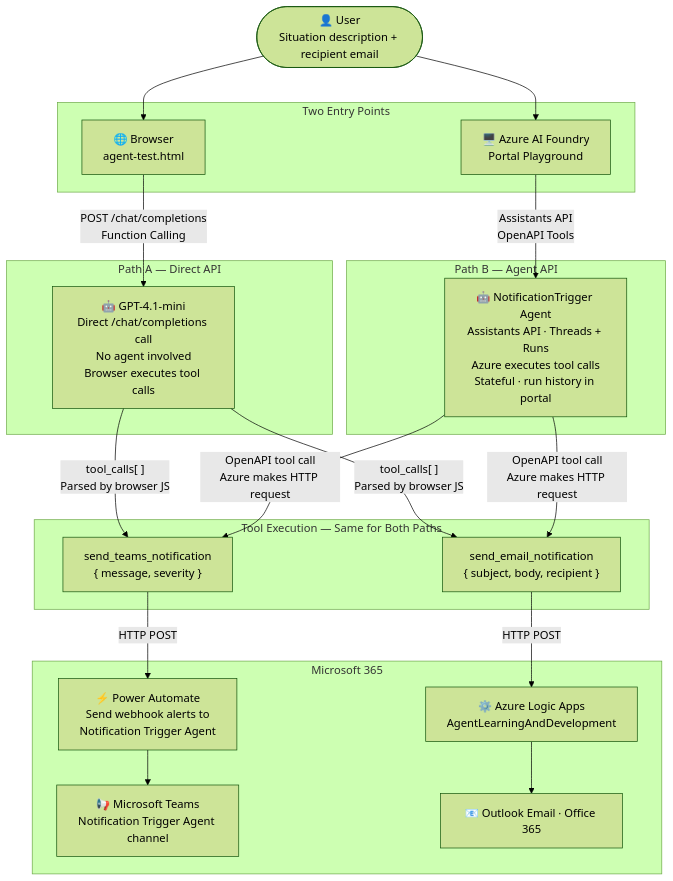
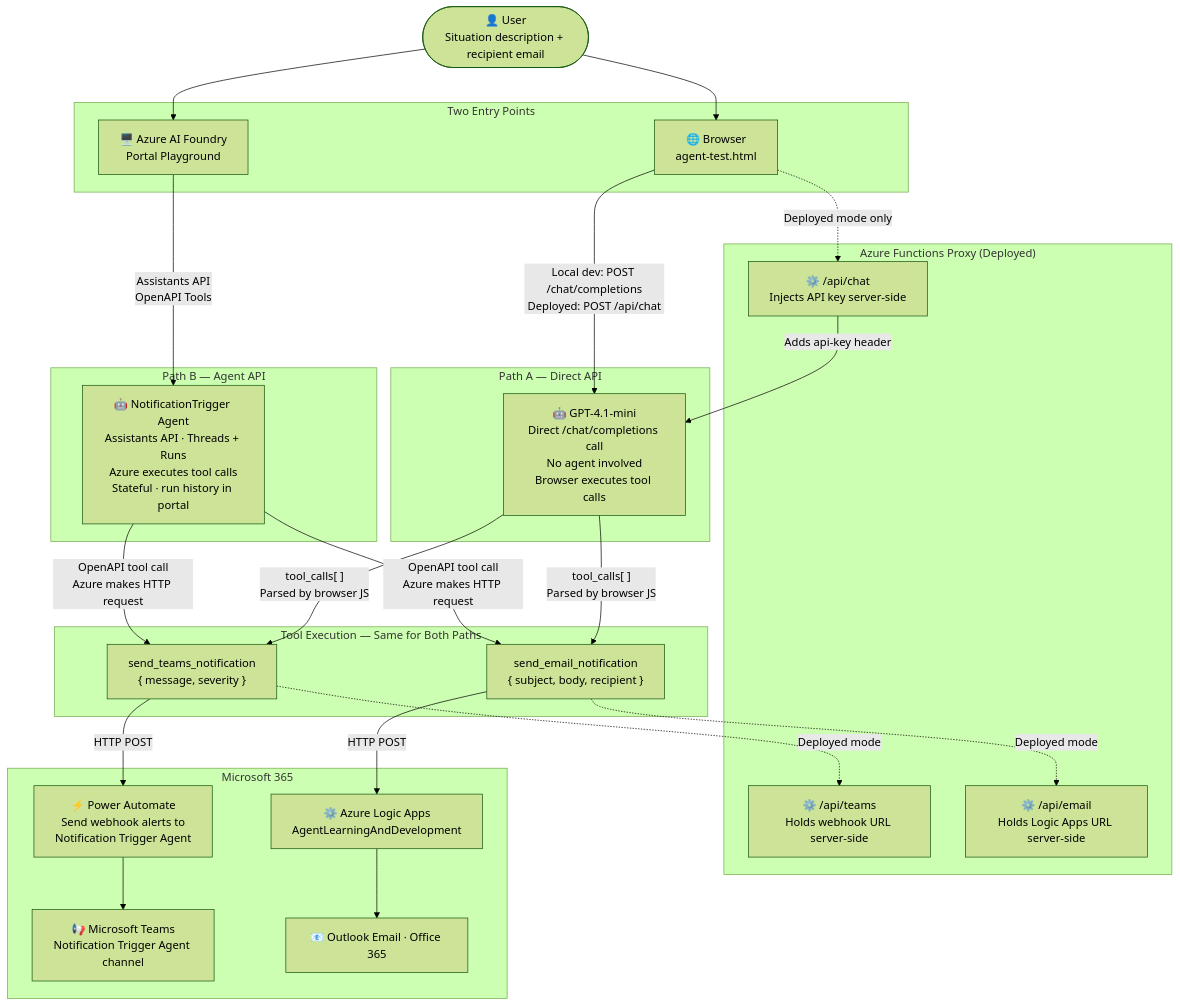
Before and after one commit to upadhyayanurodh/ai-notification-trigger-agent: the diagram in ARCHITECTURE.md, drawn with Mermaid (forest theme). The commit also changed 11 other files, not shown here.

First line of the commit message:
feat(deploy): add Azure Static Web Apps deployment with Functions proxy

````diff
--- a/ARCHITECTURE.md
+++ b/ARCHITECTURE.md
@@ -7,46 +7,57 @@
 ```mermaid
 flowchart TD
     User(["👤 User\nSituation description + recipient email"])
 
     User --> HTML
     User --> Portal
 
     subgraph Interfaces ["Two Entry Points"]
         HTML["🌐 Browser\nagent-test.html"]
         Portal["🖥️ Azure AI Foundry\nPortal Playground"]
     end
 
     subgraph PathA ["Path A — Direct API"]
         GPT["🤖 GPT-4.1-mini\nDirect /chat/completions call\nNo agent involved\nBrowser executes tool calls"]
     end
 
     subgraph PathB ["Path B — Agent API"]
         Agent["🤖 NotificationTrigger Agent\nAssistants API · Threads + Runs\nAzure executes tool calls\nStateful · run history in portal"]
     end
 
-    HTML -->|"POST /chat/completions\nFunction Calling"| GPT
+    subgraph Proxy ["Azure Functions Proxy (Deployed)"]
+        FnChat["⚙️ /api/chat\nInjects API key server-side"]
+        FnTeams["⚙️ /api/teams\nHolds webhook URL server-side"]
+        FnEmail["⚙️ /api/email\nHolds Logic Apps URL server-side"]
+    end
+
+    HTML -->|"Local dev: POST /chat/completions\nDeployed: POST /api/chat"| GPT
+    HTML -.->|"Deployed mode only"| FnChat
+    FnChat -->|"Adds api-key header"| GPT
     Portal -->|"Assistants API\nOpenAPI Tools"| Agent
 
     GPT -->|"tool_calls[ ]\nParsed by browser JS"| TFn
     GPT -->|"tool_calls[ ]\nParsed by browser JS"| EFn
     Agent -->|"OpenAPI tool call\nAzure makes HTTP request"| TFn
     Agent -->|"OpenAPI tool call\nAzure makes HTTP request"| EFn
+
+    TFn -.->|"Deployed mode"| FnTeams
+    EFn -.->|"Deployed mode"| FnEmail
 
     subgraph Execution ["Tool Execution — Same for Both Paths"]
         TFn["send_teams_notification\n{ message, severity }"]
         EFn["send_email_notification\n{ subject, body, recipient }"]
     end
 
     TFn -->|"HTTP POST"| PA["⚡ Power Automate\nSend webhook alerts to\nNotification Trigger Agent"]
     EFn -->|"HTTP POST"| LA["⚙️ Azure Logic Apps\nAgentLearningAndDevelopment"]
 
     subgraph Microsoft365 ["Microsoft 365"]
         PA
         LA
         Teams["📢 Microsoft Teams\nNotification Trigger Agent channel"]
         Email["📧 Outlook Email · Office 365"]
     end
 
     PA --> Teams
     LA --> Email
 ```
````
